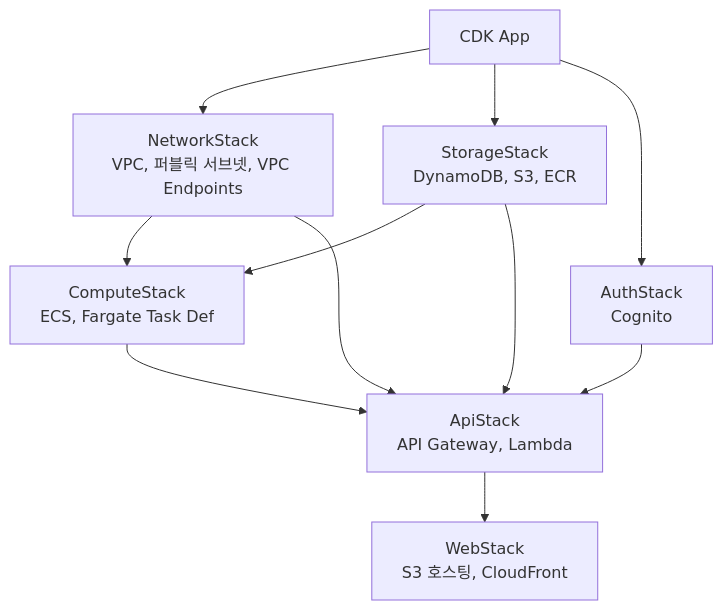
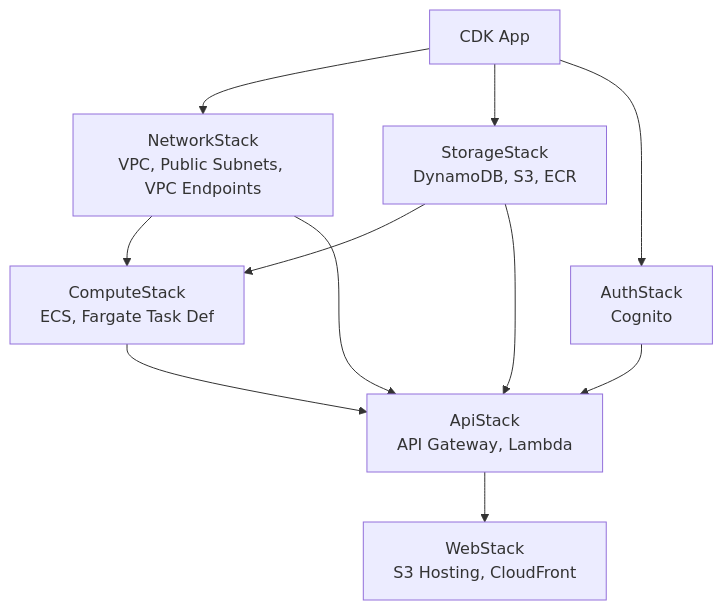
Diagram 11 of 12 in docs/architecture.md (geoseong/serverless-openclaw), drawn with Mermaid before and after one commit. The commit also changed other lines of this file and 8 other files, not shown here.

````diff
--- a/docs/architecture.md
+++ b/docs/architecture.md
@@ -771,21 +771,21 @@
 ```mermaid
 graph TD
     App[CDK App]
-    NS[NetworkStack\nVPC, 퍼블릭 서브넷, VPC Endpoints]
+    NS[NetworkStack\nVPC, Public Subnets, VPC Endpoints]
     SS[StorageStack\nDynamoDB, S3, ECR]
     AS[AuthStack\nCognito]
     CS[ComputeStack\nECS, Fargate Task Def]
     APIS[ApiStack\nAPI Gateway, Lambda]
-    WS[WebStack\nS3 호스팅, CloudFront]
+    WS[WebStack\nS3 Hosting, CloudFront]
 
     App --> NS
     App --> SS
     App --> AS
     NS --> CS
     SS --> CS
     NS --> APIS
     SS --> APIS
     AS --> APIS
     CS --> APIS
     APIS --> WS
 ```
````
